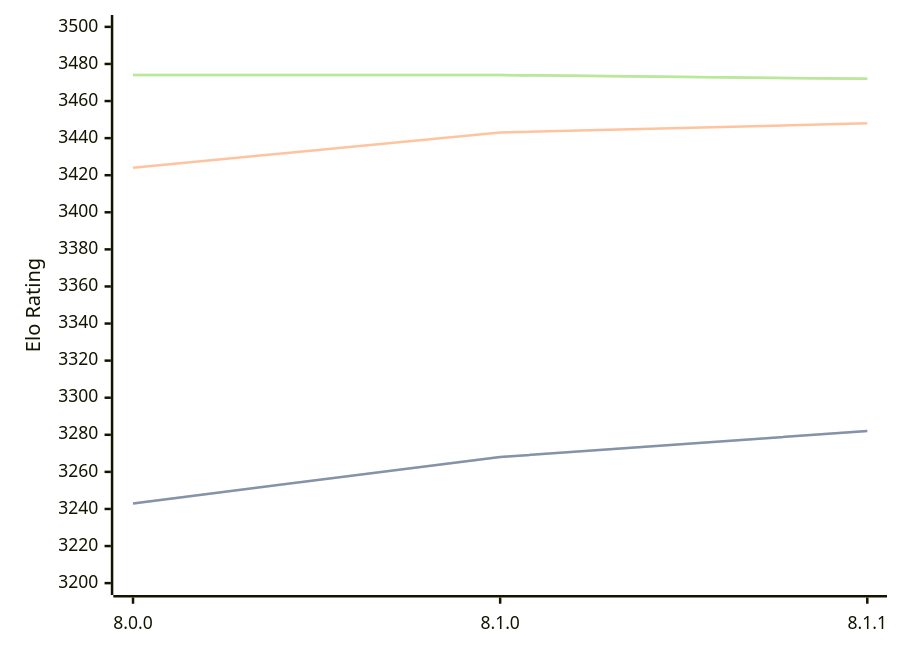
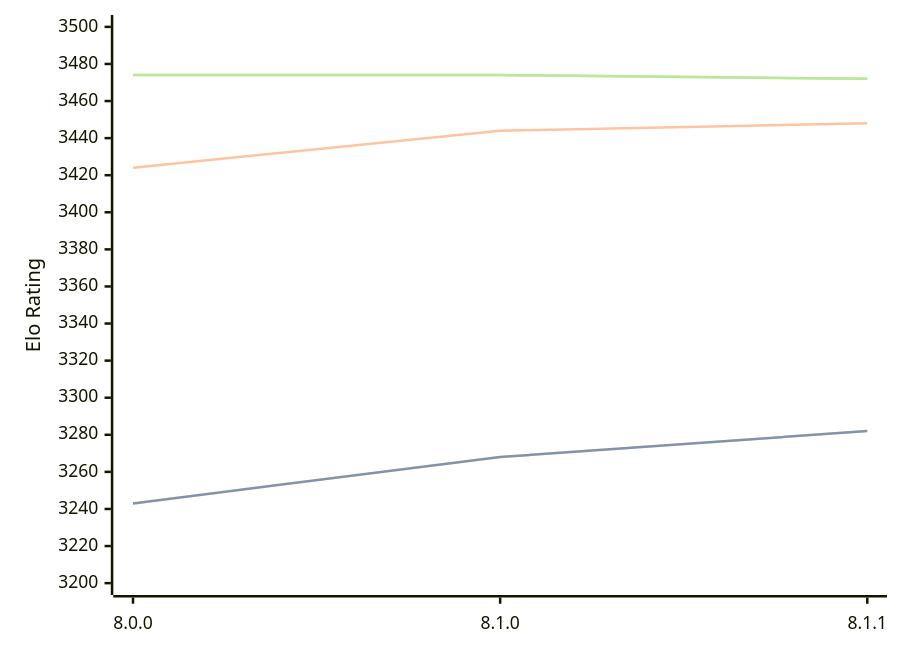
One commit to computer-chess-index/cci changed the diagram in engines/Velvet.md. Above: the diagram before and after it, drawn with Mermaid. The commit also changed other lines of this file, not shown here.

````diff
--- a/engines/Velvet.md
+++ b/engines/Velvet.md
@@ -33,11 +33,11 @@
 ```mermaid
 %%{init: {"theme":"base","themeVariables":{"seriesColors:['#a3a3a3','#222221','#faa371']}}}%%
 xychart-beta
   x-axis ["8.0.0", "8.1.0", "8.1.1"]
   y-axis "Elo Rating" 3200 --> 3500
   line "" [3243, 3268, 3282]
   line "STC (8.0+0.08s)" [3243, 3268, 3282]
-  line "LTC (60.0+0.60s)" [3424, 3443, 3448]
+  line "LTC (60.0+0.60s)" [3424, 3444, 3448]
   line "" [3474, 3474, 3472]
   line "VLTC (2m24s+1.12s)" [3474, 3474, 3472]
 ```
````
